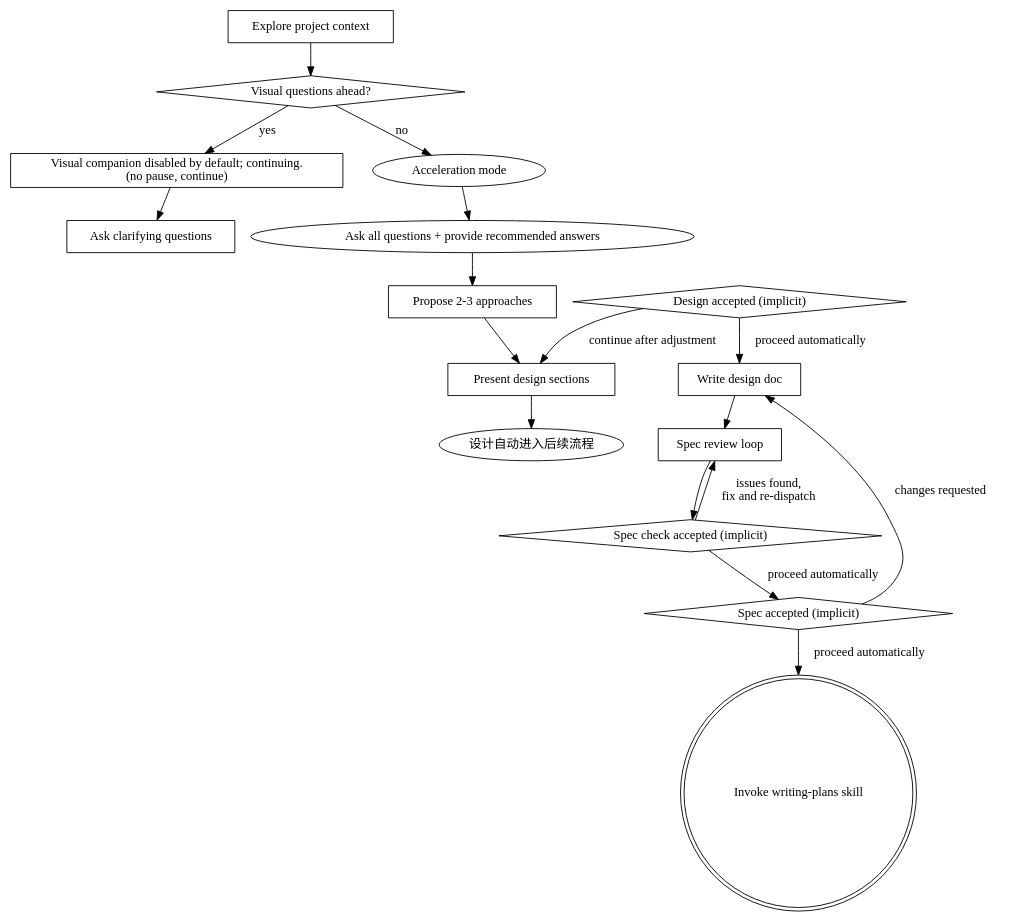
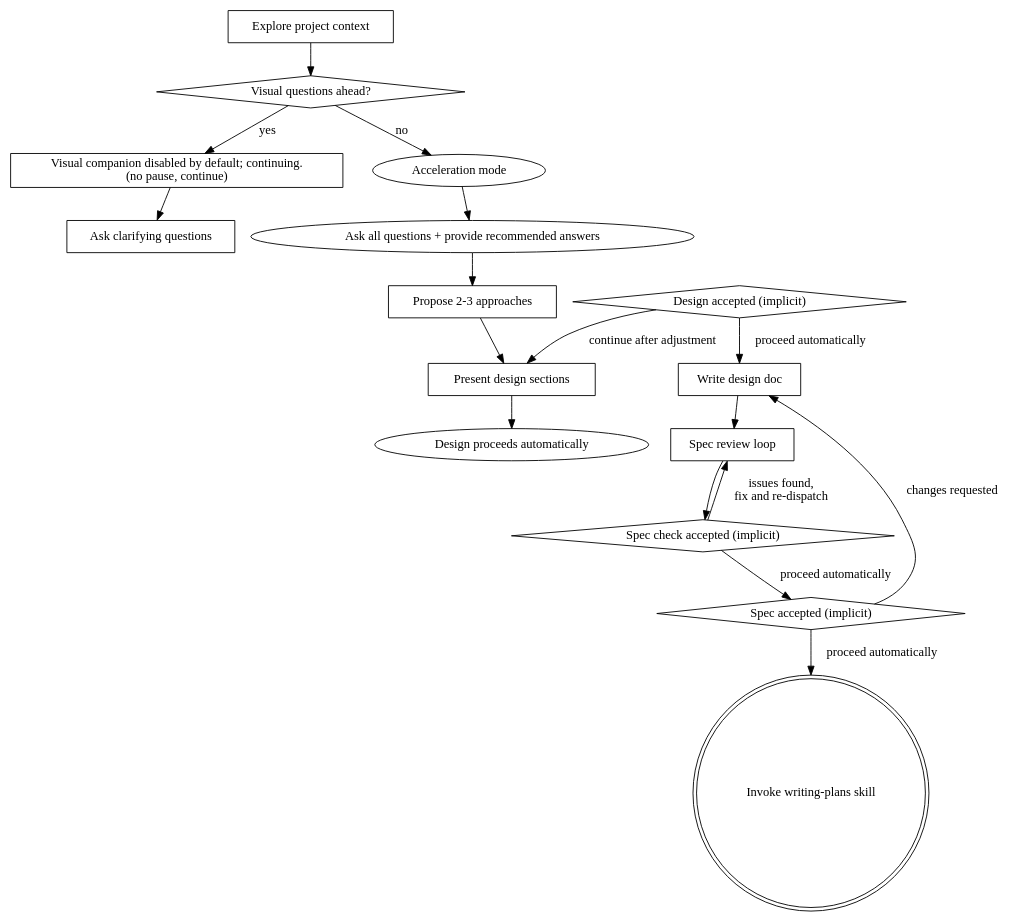
Before and after one commit to ShakaRover/superpowers: the diagram in skills/brainstorming/SKILL.md, drawn with Graphviz. The commit also changed other lines of this file and 11 other files, not shown here.

````diff
--- a/skills/brainstorming/SKILL.md
+++ b/skills/brainstorming/SKILL.md
@@ -55,33 +55,33 @@
 ```dot
 digraph brainstorming {
     "Explore project context" [shape=box];
     "Visual questions ahead?" [shape=diamond];
     "Visual companion disabled by default; continuing.\n(no pause, continue)" [shape=box];
     "Ask clarifying questions" [shape=box];
     "Propose 2-3 approaches" [shape=box];
     "Present design sections" [shape=box];
     "Design accepted (implicit)" [shape=diamond];
     "Write design doc" [shape=box];
     "Spec review loop" [shape=box];
     "Spec check accepted (implicit)" [shape=diamond];
     "Spec accepted (implicit)" [shape=diamond];
     "Invoke writing-plans skill" [shape=doublecircle];
 
     "Explore project context" -> "Visual questions ahead?";
     "Visual questions ahead?" -> "Visual companion disabled by default; continuing.\n(no pause, continue)" [label="yes"];
     "Visual questions ahead?" -> "Acceleration mode" [label="no"];
     "Visual companion disabled by default; continuing.\n(no pause, continue)" -> "Ask clarifying questions";
     "Acceleration mode" -> "Ask all questions + provide recommended answers";
     "Ask all questions + provide recommended answers" -> "Propose 2-3 approaches";
     "Propose 2-3 approaches" -> "Present design sections";
-    "Present design sections" -> "设计自动进入后续流程";
+    "Present design sections" -> "Design proceeds automatically";
     "Design accepted (implicit)" -> "Present design sections" [label="continue after adjustment"];
     "Design accepted (implicit)" -> "Write design doc" [label="proceed automatically"];
     "Write design doc" -> "Spec review loop";
     "Spec review loop" -> "Spec check accepted (implicit)";
     "Spec check accepted (implicit)" -> "Spec review loop" [label="issues found,\nfix and re-dispatch"];
     "Spec check accepted (implicit)" -> "Spec accepted (implicit)" [label="proceed automatically"];
     "Spec accepted (implicit)" -> "Write design doc" [label="changes requested"];
     "Spec accepted (implicit)" -> "Invoke writing-plans skill" [label="proceed automatically"];
 }
 ```
````
